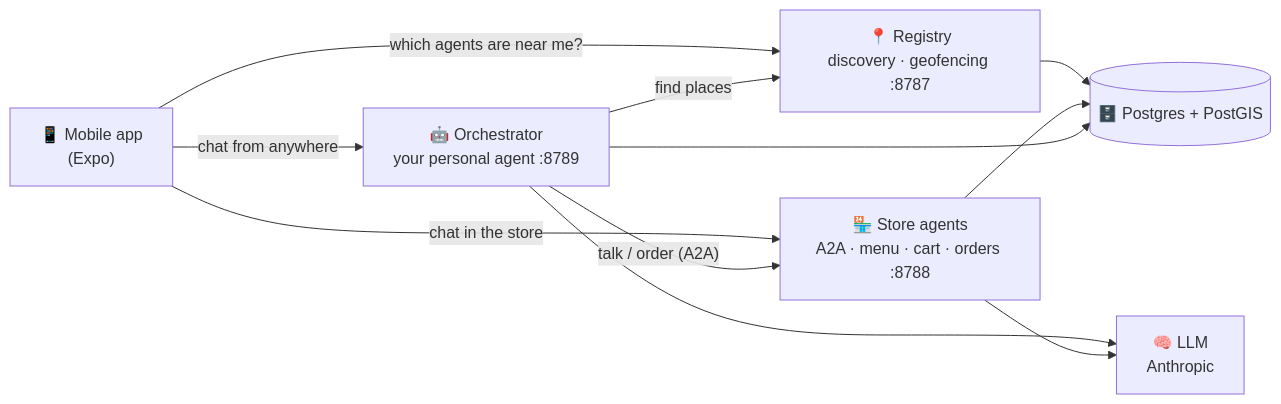
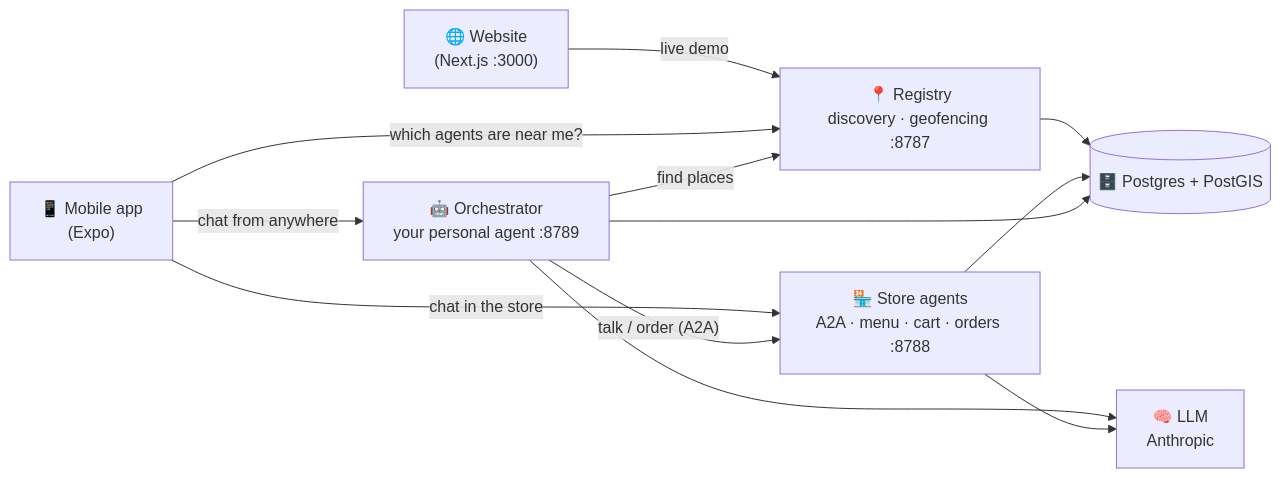
Before and after one commit to WalleLabs/.github: the first of 3 diagrams in profile/README.md, drawn with Mermaid. The commit also changed other lines of this file, not shown here.

Commit message:
Update org README: website is built, compose runs the full stack

````diff
--- a/profile/README.md
+++ b/profile/README.md
@@ -14,20 +14,22 @@
 ```mermaid
 flowchart LR
     App["📱 Mobile app<br/>(Expo)"]
+    Web["🌐 Website<br/>(Next.js :3000)"]
     Orch["🤖 Orchestrator<br/>your personal agent :8789"]
     Reg["📍 Registry<br/>discovery · geofencing :8787"]
     Store["🏪 Store agents<br/>A2A · menu · cart · orders :8788"]
     DB[("🗄️ Postgres + PostGIS")]
     LLM["🧠 LLM<br/>Anthropic"]
 
+    Web -->|"live demo"| Reg
     App -->|"chat from anywhere"| Orch
     App -->|"which agents are near me?"| Reg
     App -->|"chat in the store"| Store
     Orch -->|"find places"| Reg
     Orch -->|"talk / order (A2A)"| Store
     Orch --> LLM
     Store --> LLM
     Reg --> DB
     Store --> DB
     Orch --> DB
 ```
````
